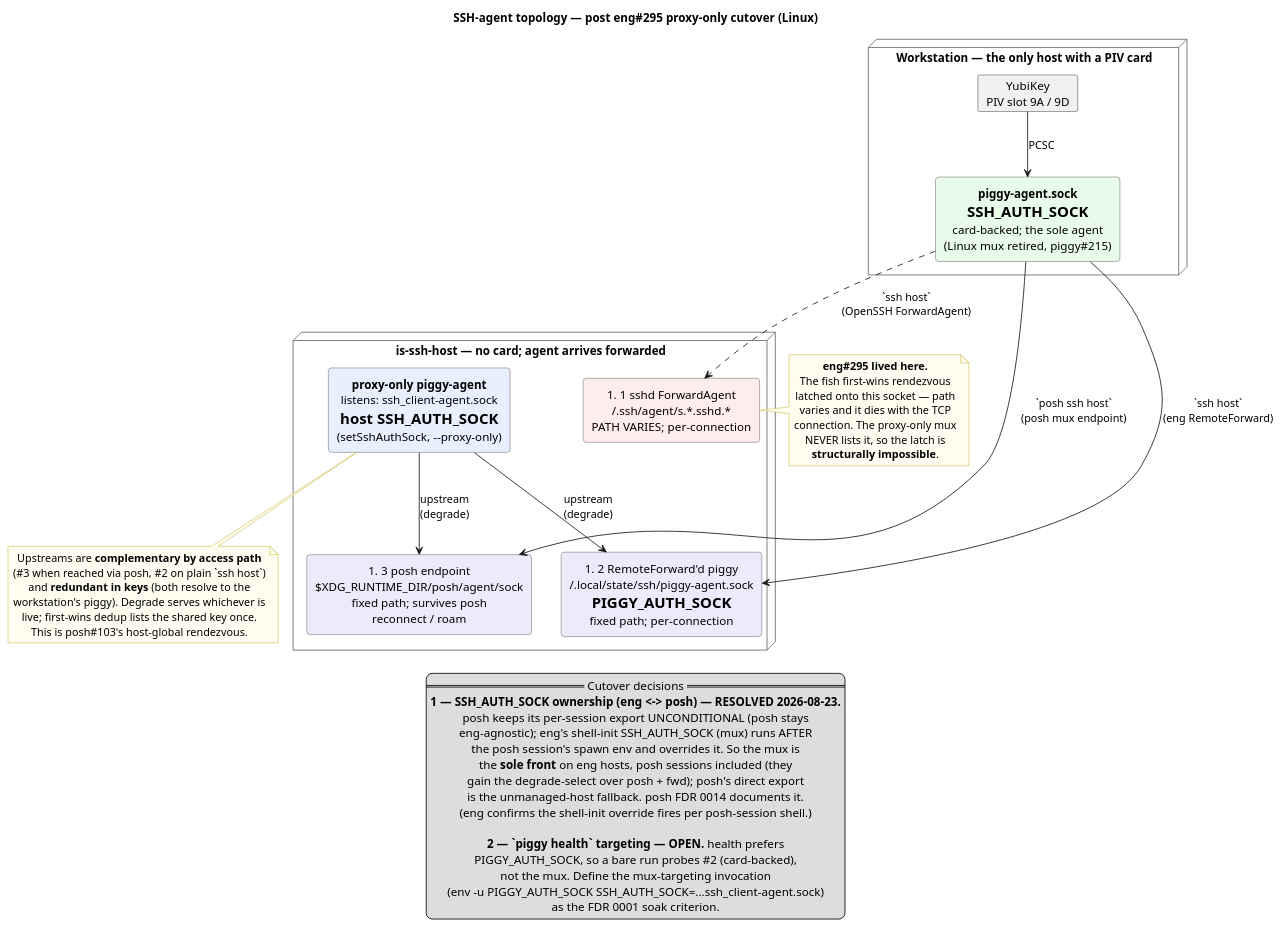
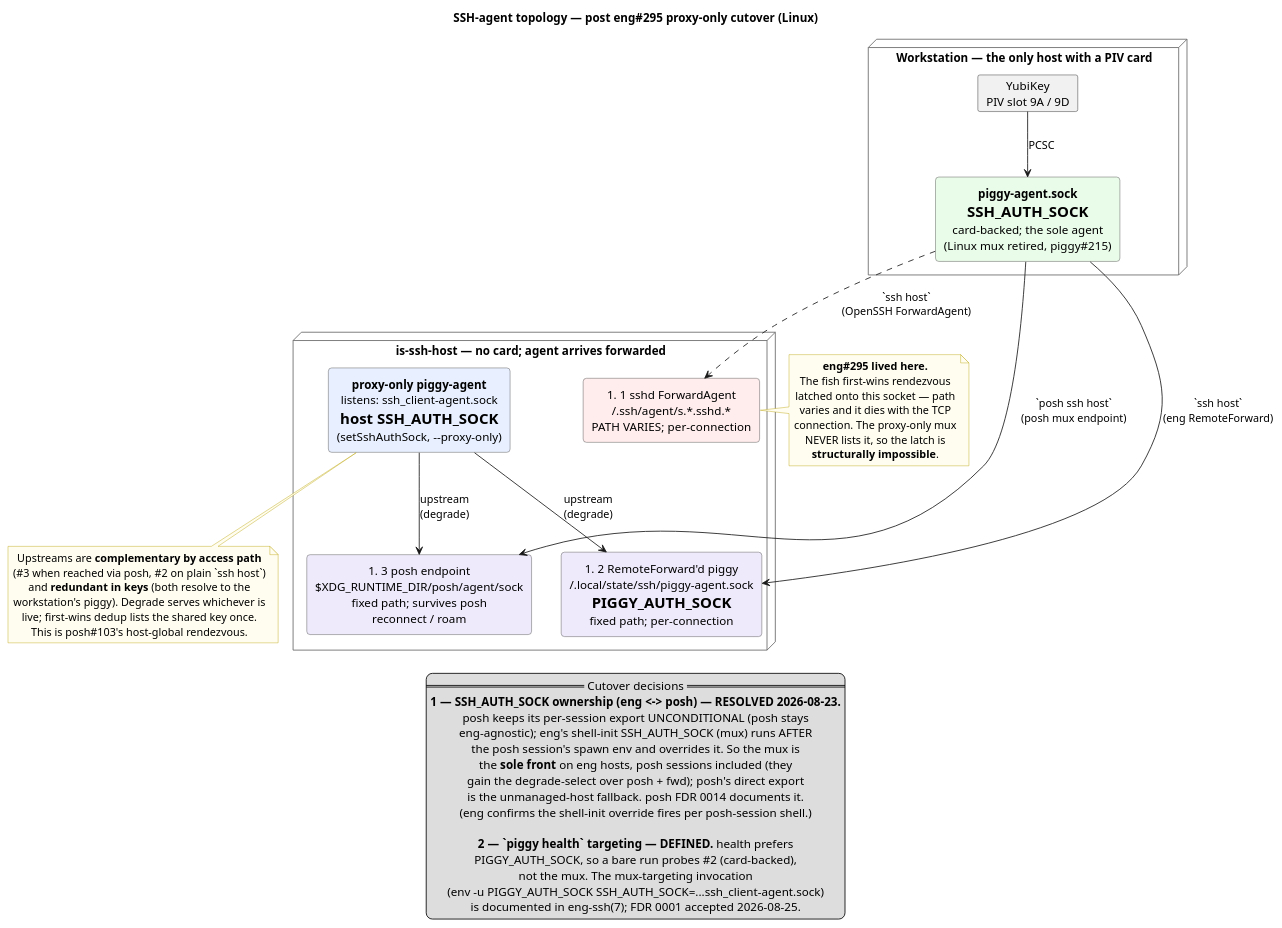
Before and after one commit to amarbel-llc/piggy: the diagram in docs/diagrams/ssh-agent-topology.puml, drawn with PlantUML. The commit also changed 10 other files, not shown here.

```diff
--- a/docs/diagrams/ssh-agent-topology.puml
+++ b/docs/diagrams/ssh-agent-topology.puml
@@ -1,82 +1,82 @@
 @startuml ssh-agent-topology
 ' SSH-agent topology after the eng#295 proxy-only cutover (Linux).
 ' Companion to piggy FDR 0001 (docs/features/0001-proxy-only-agent-universal-front.md),
 ' eng#295, and posh FDR 0014 (posh docs/features/0014-stable-forwarded-agent-endpoint.md).
 '
 ' Regenerate the rendered image with:  plantuml -tsvg docs/diagrams/ssh-agent-topology.puml
 ' The .puml is the source of truth; the .svg beside it is generated.
 
 title SSH-agent topology — post eng#295 proxy-only cutover (Linux)
 
 skinparam shadowing false
 skinparam defaultTextAlignment center
 skinparam nodeBorderColor #666
 skinparam rectangle {
   BorderColor #444
   roundCorner 8
 }
 skinparam note {
   BackgroundColor #FFFDF0
   BorderColor #B8A100
 }
 
 node "Workstation — the only host with a PIV card" as ws {
   card "YubiKey\nPIV slot 9A / 9D" as yk
   rectangle "**piggy-agent.sock**\n= SSH_AUTH_SOCK\ncard-backed; the sole agent\n(Linux mux retired, piggy#215)" as pa #E9FBE9
   yk -down-> pa : PCSC
 }
 
 node "is-ssh-host — no card; agent arrives forwarded" as host {
   rectangle "**proxy-only piggy-agent**\nlistens: ssh_client-agent.sock\n= host SSH_AUTH_SOCK\n(setSshAuthSock, --proxy-only)" as mux #E8F0FF
 
   rectangle "#3 posh endpoint\n$XDG_RUNTIME_DIR/posh/agent/sock\nfixed path; survives posh\nreconnect / roam" as posh #EFEAFB
   rectangle "#2 RemoteForward'd piggy\n~/.local/state/ssh/piggy-agent.sock\n= PIGGY_AUTH_SOCK\nfixed path; per-connection" as fwd #EFEAFB
   rectangle "#1 sshd ForwardAgent\n~/.ssh/agent/s.*.sshd.*\nPATH VARIES; per-connection" as sshd #FFECEC
 
   mux -down-> posh : upstream\n(degrade)
   mux -down-> fwd  : upstream\n(degrade)
 }
 
 ' How the workstation agent reaches the host, by access path.
 pa -down-> posh : `posh ssh host`\n(posh mux endpoint)
 pa -down-> fwd  : `ssh host`\n(eng RemoteForward)
 pa .down.> sshd : `ssh host`\n(OpenSSH ForwardAgent)
 
 note right of sshd
   **eng#295 lived here.**
   The fish first-wins rendezvous
   latched onto this socket — path
   varies and it dies with the TCP
   connection. The proxy-only mux
   NEVER lists it, so the latch is
   **structurally impossible**.
 end note
 
 note bottom of mux
   Upstreams are **complementary by access path**
   (#3 when reached via posh, #2 on plain `ssh host`)
   and **redundant in keys** (both resolve to the
   workstation's piggy). Degrade serves whichever is
   live; first-wins dedup lists the shared key once.
   This is posh#103's host-global rendezvous.
 end note
 
 legend bottom
   == Cutover decisions ==
   **1 — SSH_AUTH_SOCK ownership (eng <-> posh) — RESOLVED 2026-08-23.**
   posh keeps its per-session export UNCONDITIONAL (posh stays
   eng-agnostic); eng's shell-init SSH_AUTH_SOCK (mux) runs AFTER
   the posh session's spawn env and overrides it. So the mux is
   the **sole front** on eng hosts, posh sessions included (they
   gain the degrade-select over posh + fwd); posh's direct export
   is the unmanaged-host fallback. posh FDR 0014 documents it.
   (eng confirms the shell-init override fires per posh-session shell.)
 
-  **2 — `piggy health` targeting — OPEN.** health prefers
+  **2 — `piggy health` targeting — DEFINED.** health prefers
   PIGGY_AUTH_SOCK, so a bare run probes #2 (card-backed),
-  not the mux. Define the mux-targeting invocation
+  not the mux. The mux-targeting invocation
   (env -u PIGGY_AUTH_SOCK SSH_AUTH_SOCK=...ssh_client-agent.sock)
-  as the FDR 0001 soak criterion.
+  is documented in eng-ssh(7); FDR 0001 accepted 2026-08-25.
 endlegend
 
 @enduml
```
